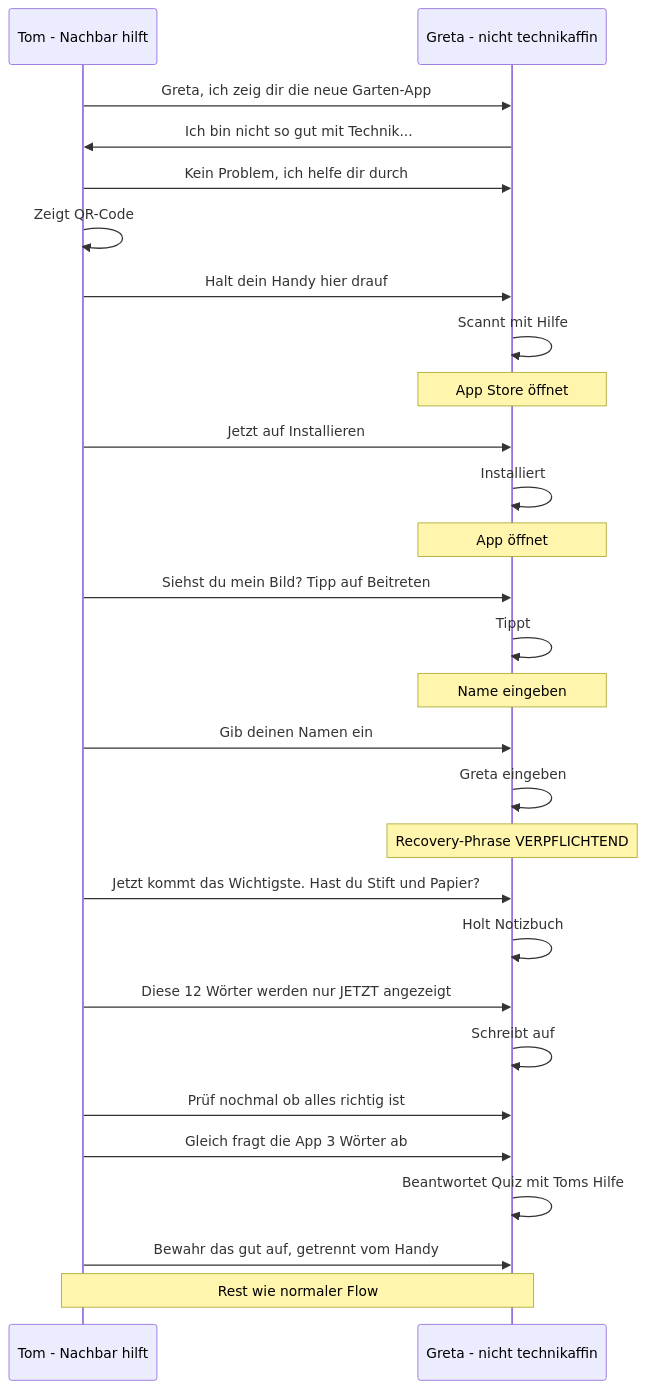
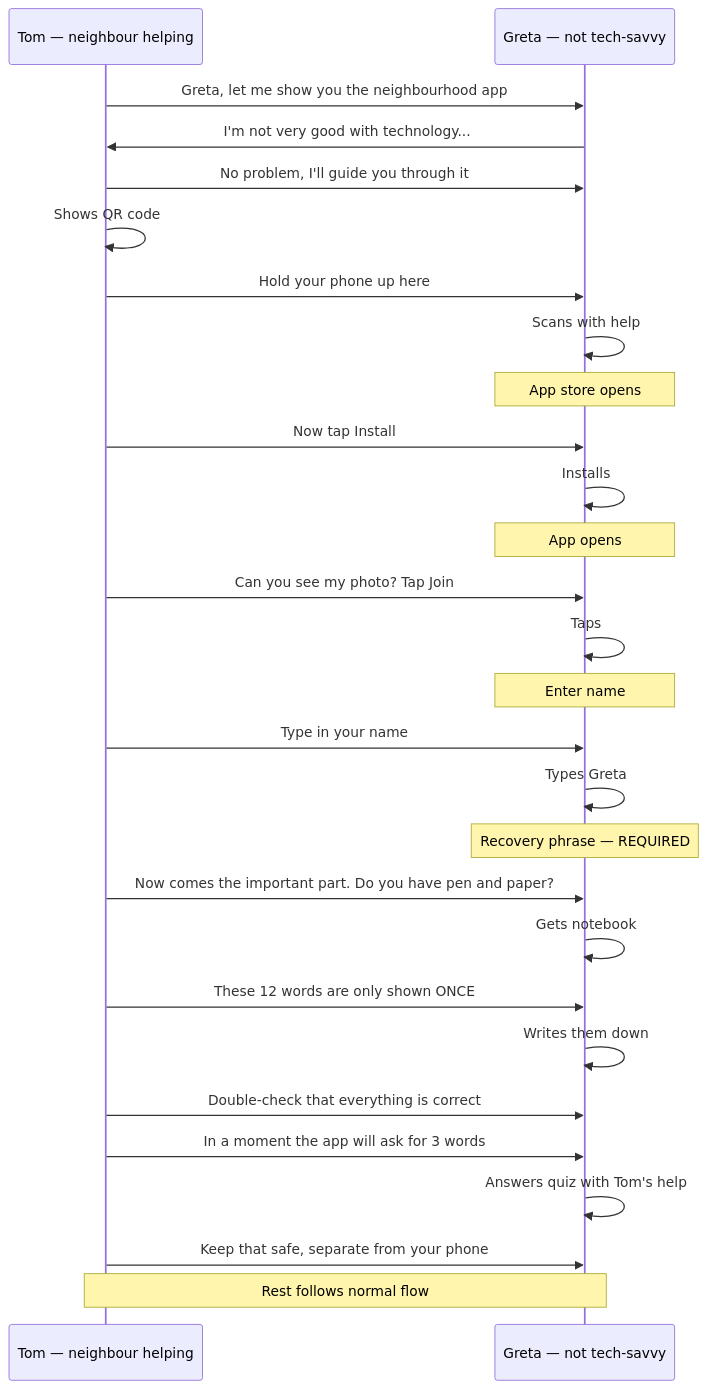
One commit to IT4Change/web-of-trust changed the fourth of 6 diagrams in docs/flows/01-onboarding-user.md. Above: the diagram before and after it, drawn with Mermaid. The commit also changed other lines of this file and 6 other files, not shown here.

````diff
--- a/docs/flows/01-onboarding-user.md
+++ b/docs/flows/01-onboarding-user.md
@@ -338,37 +338,37 @@
 ```mermaid
 sequenceDiagram
-    participant T as Tom - Nachbar hilft
-    participant G as Greta - nicht technikaffin
+    participant T as Tom — neighbour helping
+    participant G as Greta — not tech-savvy
 
-    T->>G: Greta, ich zeig dir die neue Garten-App
-    G->>T: Ich bin nicht so gut mit Technik...
-    T->>G: Kein Problem, ich helfe dir durch
-    
-    T->>T: Zeigt QR-Code
-    T->>G: Halt dein Handy hier drauf
-    G->>G: Scannt mit Hilfe
-    
-    Note over G: App Store öffnet
-    T->>G: Jetzt auf Installieren
-    G->>G: Installiert
-    
-    Note over G: App öffnet
-    T->>G: Siehst du mein Bild? Tipp auf Beitreten
-    G->>G: Tippt
-    
-    Note over G: Name eingeben
-    T->>G: Gib deinen Namen ein
-    G->>G: Greta eingeben
-    
-    Note over G: Recovery-Phrase VERPFLICHTEND
-    T->>G: Jetzt kommt das Wichtigste. Hast du Stift und Papier?
-    G->>G: Holt Notizbuch
-    T->>G: Diese 12 Wörter werden nur JETZT angezeigt
-    G->>G: Schreibt auf
-    T->>G: Prüf nochmal ob alles richtig ist
-    T->>G: Gleich fragt die App 3 Wörter ab
-    G->>G: Beantwortet Quiz mit Toms Hilfe
-    T->>G: Bewahr das gut auf, getrennt vom Handy
-    
-    Note over T,G: Rest wie normaler Flow
+    T->>G: Greta, let me show you the neighbourhood app
+    G->>T: I'm not very good with technology...
+    T->>G: No problem, I'll guide you through it
+
+    T->>T: Shows QR code
+    T->>G: Hold your phone up here
+    G->>G: Scans with help
+
+    Note over G: App store opens
+    T->>G: Now tap Install
+    G->>G: Installs
+
+    Note over G: App opens
+    T->>G: Can you see my photo? Tap Join
+    G->>G: Taps
+
+    Note over G: Enter name
+    T->>G: Type in your name
+    G->>G: Types Greta
+
+    Note over G: Recovery phrase — REQUIRED
+    T->>G: Now comes the important part. Do you have pen and paper?
+    G->>G: Gets notebook
+    T->>G: These 12 words are only shown ONCE
+    G->>G: Writes them down
+    T->>G: Double-check that everything is correct
+    T->>G: In a moment the app will ask for 3 words
+    G->>G: Answers quiz with Tom's help
+    T->>G: Keep that safe, separate from your phone
+
+    Note over T,G: Rest follows normal flow
 ```
````
